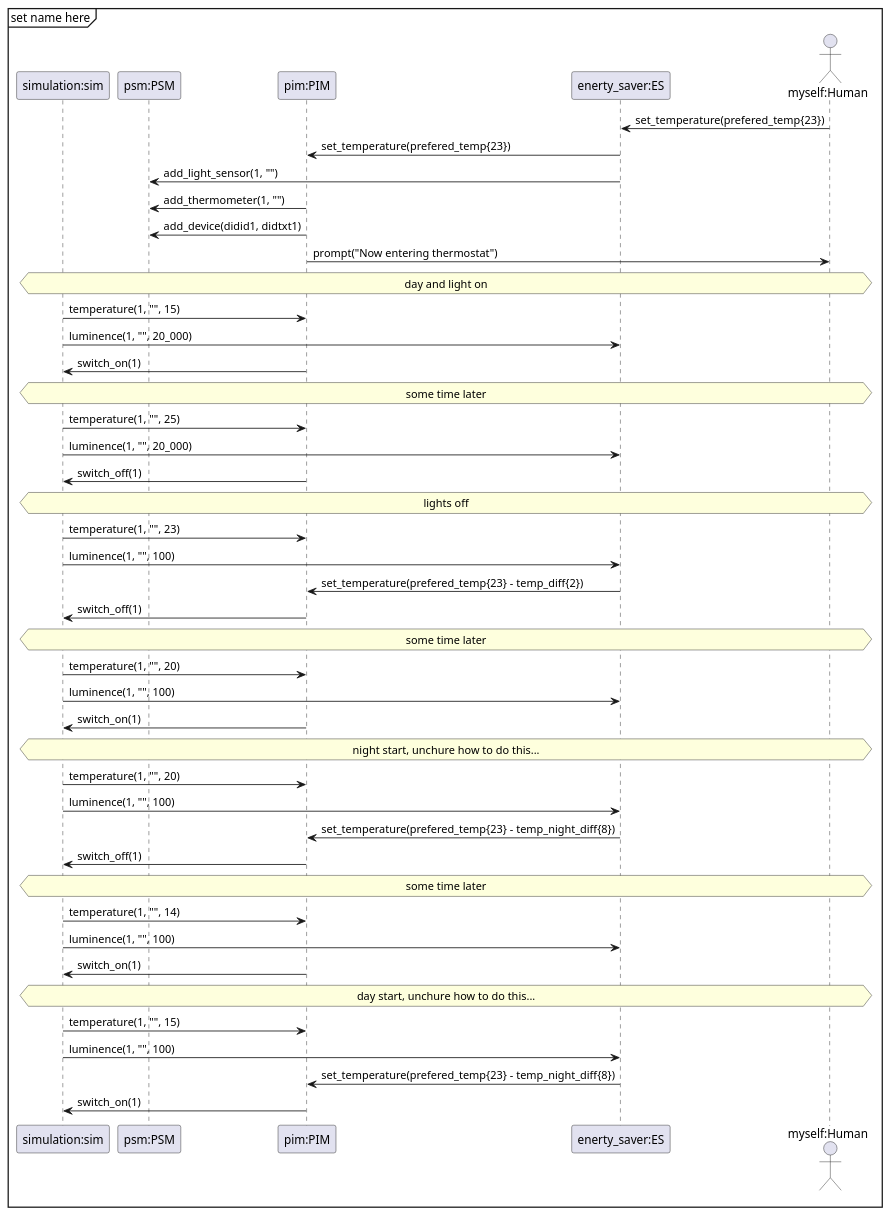
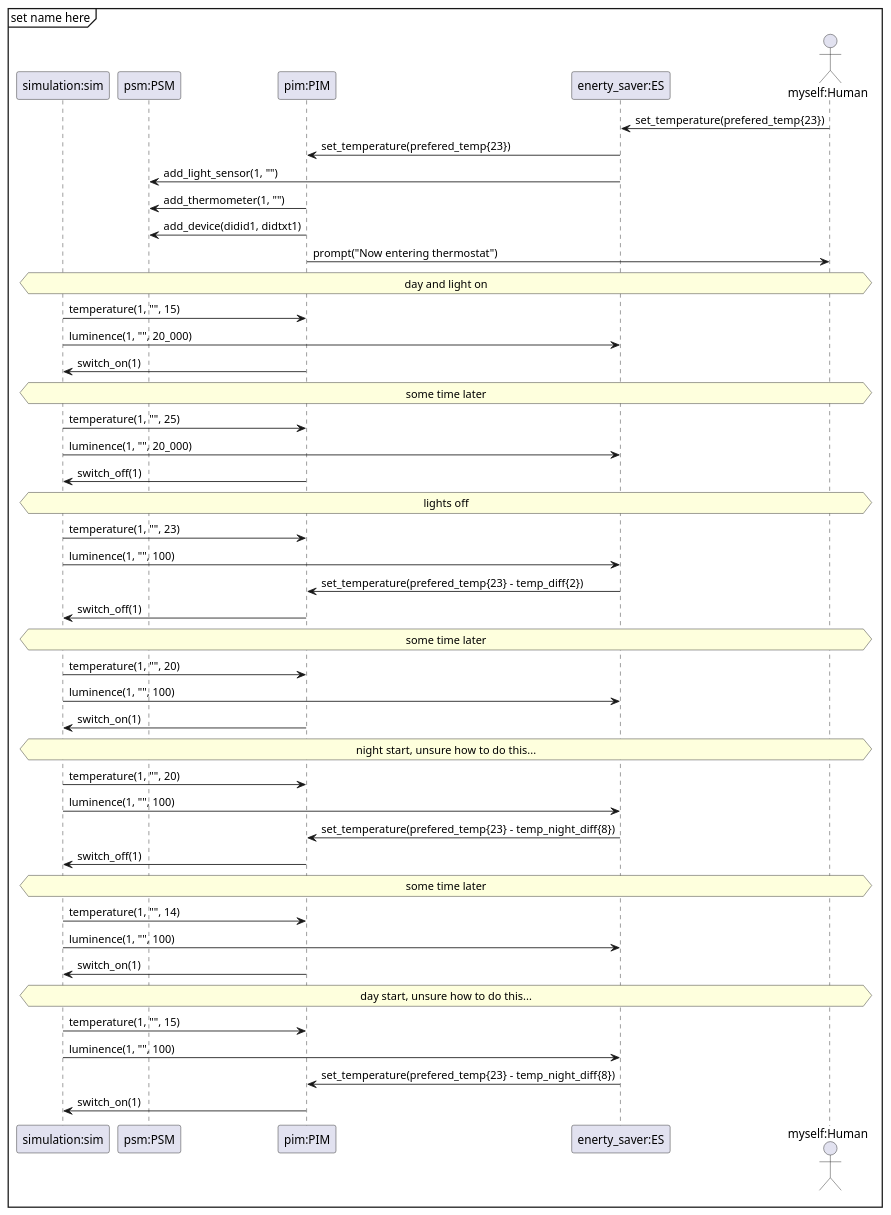
Before and after one commit to Tobhal/HIOF-Models-and-Digital-Twins: the diagram in Oblig1/sequence diagram normal day.plantuml, drawn with PlantUML.

Commit message:
Fixed typo unchure to unsure

```diff
--- a/Oblig1/sequence diagram normal day.plantuml
+++ b/Oblig1/sequence diagram normal day.plantuml
@@ -1,75 +1,75 @@
 @startuml sequense diagram
 mainframe set name here
 
 participant "simulation:sim" as sim
 participant "psm:PSM" as psm
 participant "pim:PIM" as pim
 participant "enerty_saver:ES" as es
 actor "myself:Human" as human
 
 'Set preferred temp
 es <- human: set_temperature(prefered_temp{23})
 pim <- es: set_temperature(prefered_temp{23})
 
 psm <- es: add_light_sensor(1, "")
 
 psm <- pim: add_thermometer(1, "")
 psm <- pim: add_device(didid1, didtxt1)
 
 pim -> human: prompt("Now entering thermostat")
 
 hnote across: day and light on
 'setup compleat
 
 sim -> pim: temperature(1, "", 15)
 sim -> es: luminence(1, "", 20_000)
 sim <- pim: switch_on(1)
 
 hnote across: some time later
 
 sim -> pim: temperature(1, "", 25)
 sim -> es: luminence(1, "", 20_000)
 sim <- pim: switch_off(1)
 
 hnote across: lights off
 
 sim -> pim: temperature(1, "", 23)
 sim -> es: luminence(1, "", 100)
 
 pim <- es: set_temperature(prefered_temp{23} - temp_diff{2})
 
 sim <- pim: switch_off(1)
 
 hnote across: some time later
 
 sim -> pim: temperature(1, "", 20)
 sim -> es: luminence(1, "", 100)
 sim <- pim: switch_on(1)
 
-hnote across: night start, unchure how to do this...
+hnote across: night start, unsure how to do this...
 
 sim -> pim: temperature(1, "", 20)
 sim -> es: luminence(1, "", 100)
 
 pim <- es: set_temperature(prefered_temp{23} - temp_night_diff{8})
 sim <- pim: switch_off(1)
 
 hnote across: some time later
 
 sim -> pim: temperature(1, "", 14)
 sim -> es: luminence(1, "", 100)
 
 sim <- pim: switch_on(1)
 
-hnote across: day start, unchure how to do this...
+hnote across: day start, unsure how to do this...
 
 sim -> pim: temperature(1, "", 15)
 sim -> es: luminence(1, "", 100)
 
 pim <- es: set_temperature(prefered_temp{23} - temp_night_diff{8})
 sim <- pim: switch_on(1)
 
 
 
 
 @enduml
```
